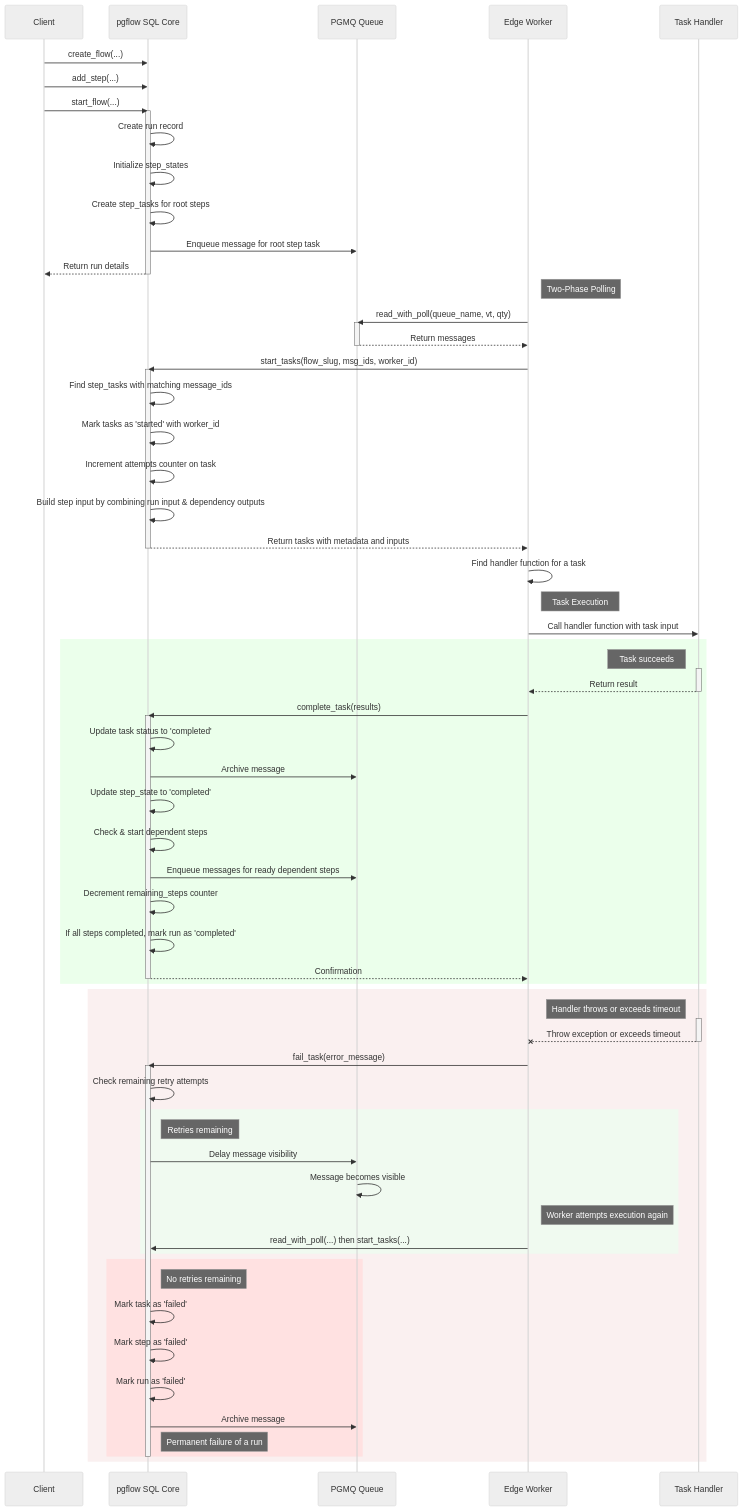
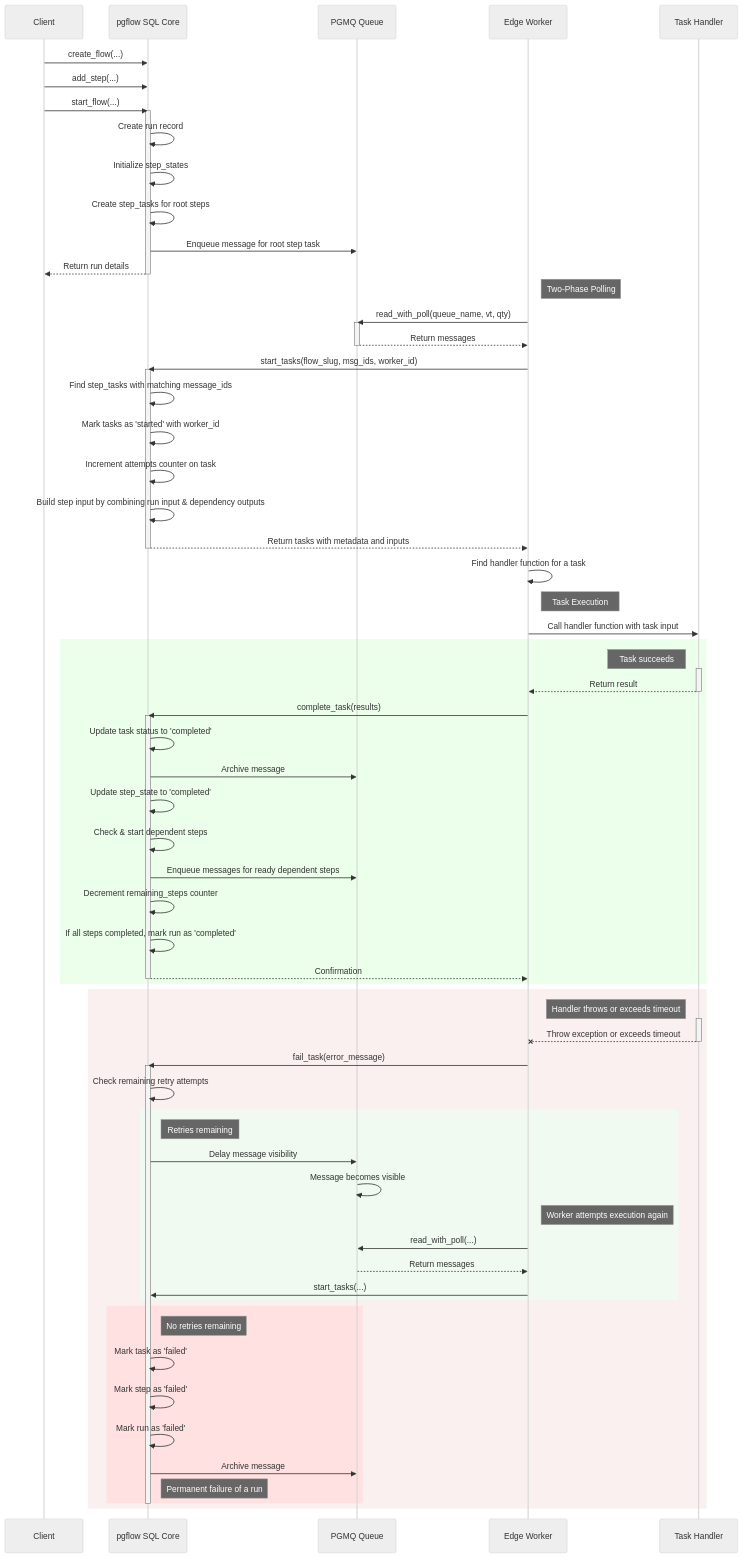
Before and after one commit to pgflow-dev/pgflow: the diagram in pkgs/core/assets/flow-lifecycle.mermaid, drawn with Mermaid (neutral theme). The commit also changed 1 other file, not shown here.

Commit message:
fix: correct sequence diagram and SVG assets for message visibility flow
Refined the sequence diagram to fix the message retrieval process and updated
the SVG asset to match the corrected diagram, ensuring visual consistency.

```diff
--- a/pkgs/core/assets/flow-lifecycle.mermaid
+++ b/pkgs/core/assets/flow-lifecycle.mermaid
@@ -1,89 +1,91 @@
 sequenceDiagram
     participant Client
     participant pgflow as pgflow SQL Core
     participant PGMQ as PGMQ Queue
     participant Worker as Edge Worker
     participant Handler as Task Handler
 
     Client->>pgflow: create_flow(...)
     Client->>pgflow: add_step(...)
     Client->>pgflow: start_flow(...)
 
     activate pgflow
     pgflow->>pgflow: Create run record
     pgflow->>pgflow: Initialize step_states
     pgflow->>pgflow: Create step_tasks for root steps
     pgflow->>PGMQ: Enqueue message for root step task
     pgflow-->>Client: Return run details
     deactivate pgflow
 
     note right of Worker: Two-Phase Polling
     
     Worker->>PGMQ: read_with_poll(queue_name, vt, qty)
     activate PGMQ
     PGMQ-->>Worker: Return messages
     deactivate PGMQ
     
     Worker->>pgflow: start_tasks(flow_slug, msg_ids, worker_id)
     activate pgflow
     pgflow->>pgflow: Find step_tasks with matching message_ids
     pgflow->>pgflow: Mark tasks as 'started' with worker_id
     pgflow->>pgflow: Increment attempts counter on task
     pgflow->>pgflow: Build step input by combining run input & dependency outputs
     pgflow-->>Worker: Return tasks with metadata and inputs
     deactivate pgflow
 
     Worker->>Worker: Find handler function for a task
 
     note right of Worker: Task Execution
 
     Worker->>Handler: Call handler function with task input
 
     rect rgb(235, 255, 235)
       note left of Handler: Task succeeds
       activate Handler
       Handler-->>Worker: Return result
       deactivate Handler
 
       Worker->>pgflow: complete_task(results)
 
       activate pgflow
       pgflow->>pgflow: Update task status to 'completed'
       pgflow->>PGMQ: Archive message
       pgflow->>pgflow: Update step_state to 'completed'
       pgflow->>pgflow: Check & start dependent steps
       pgflow->>PGMQ: Enqueue messages for ready dependent steps
       pgflow->>pgflow: Decrement remaining_steps counter
       pgflow->>pgflow: If all steps completed, mark run as 'completed'
       pgflow-->>Worker: Confirmation
       deactivate pgflow
     end
 
     rect rgb(250, 240, 240)
       note left of Handler: Handler throws or exceeds timeout
 
       activate Handler
       Handler--xWorker: Throw exception or exceeds timeout
       deactivate Handler
       Worker->>pgflow: fail_task(error_message)
 
       activate pgflow
       pgflow->>pgflow: Check remaining retry attempts
 
       rect rgb(240, 250, 240)
         note right of pgflow: Retries remaining
         pgflow->>PGMQ: Delay message visibility
         PGMQ->>PGMQ: Message becomes visible
         note right of Worker: Worker attempts execution again
-        Worker->>pgflow: read_with_poll(...) then start_tasks(...)
+        Worker->>PGMQ: read_with_poll(...)
+        PGMQ-->>Worker: Return messages
+        Worker->>pgflow: start_tasks(...)
       end
       rect rgb(255, 225, 225)
         note right of pgflow: No retries remaining
         pgflow->>pgflow: Mark task as 'failed'
         pgflow->>pgflow: Mark step as 'failed'
         pgflow->>pgflow: Mark run as 'failed'
         pgflow->>PGMQ: Archive message
         note right of pgflow: Permanent failure of a run
       end
       deactivate pgflow
     end
```
